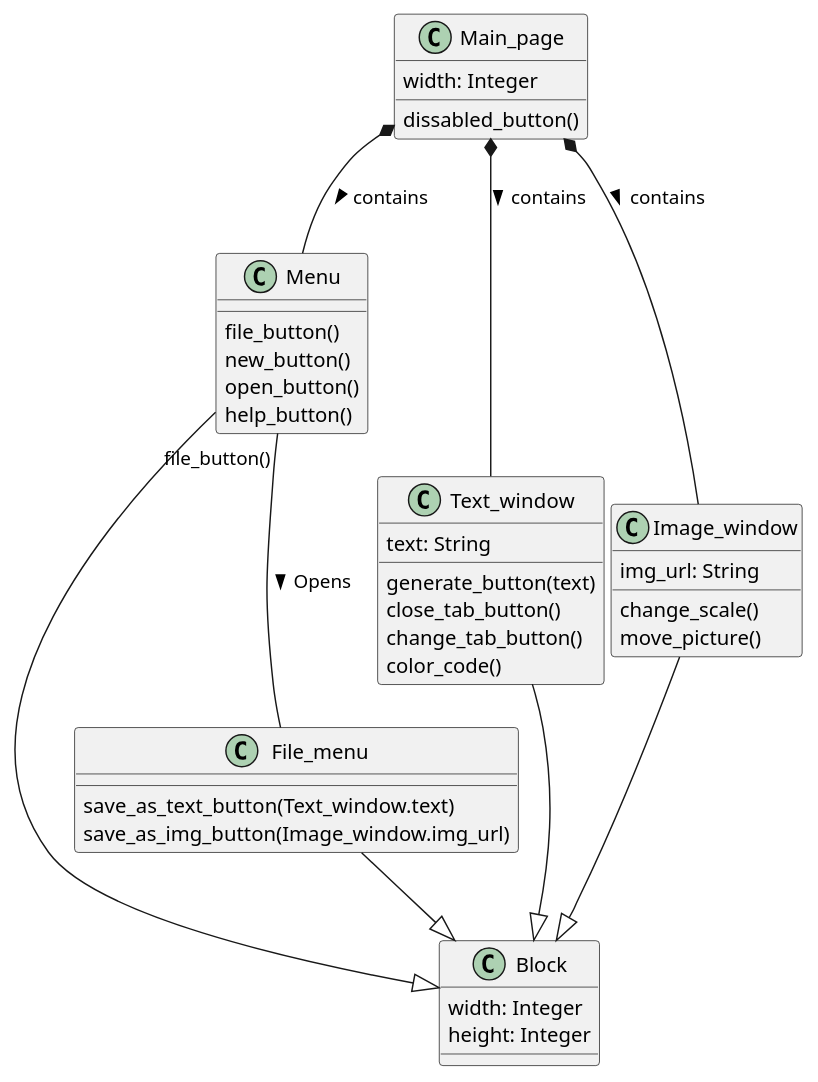
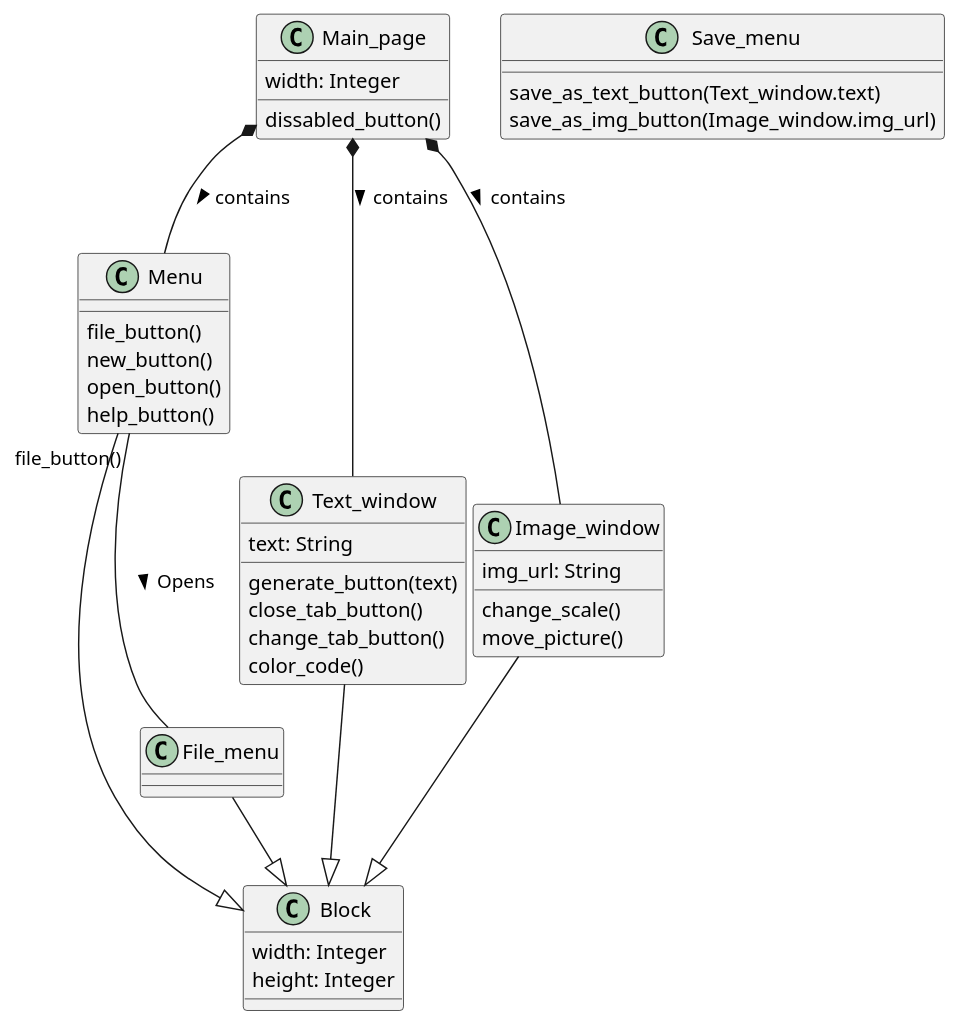
One commit to font-weight/family_tree changed the diagram in tree_class_diagram.plantuml. Above: the diagram before and after it, drawn with PlantUML.

```diff
--- a/tree_class_diagram.plantuml
+++ b/tree_class_diagram.plantuml
@@ -1,58 +1,58 @@
 @startuml
 
 class Main_page{
     width: Integer
 
     dissabled_button()
 }
 
 class Block{
     width: Integer
     height: Integer
 }
 
 
 class Menu{
 
     file_button()
     new_button()
     open_button()
     help_button()
 }
 
 
-class File_menu{
+class Save_menu{
 
     save_as_text_button(Text_window.text)
     save_as_img_button(Image_window.img_url)
 }
 
 
 class Text_window{
     text: String
 
     generate_button(text)
     close_tab_button()
     change_tab_button()
     color_code()
 }
 
 class Image_window{
     img_url: String
 
     change_scale()
     move_picture()
 }
 
 Menu --|> Block
 File_menu --|> Block
 Text_window --|> Block
 Image_window --|> Block
 
 Menu "file_button()" -- File_menu : > Opens
 Main_page *-- Menu : > contains
 Main_page *-- Text_window : > contains
 Main_page *-- Image_window : > contains
 
 
 @enduml
```
